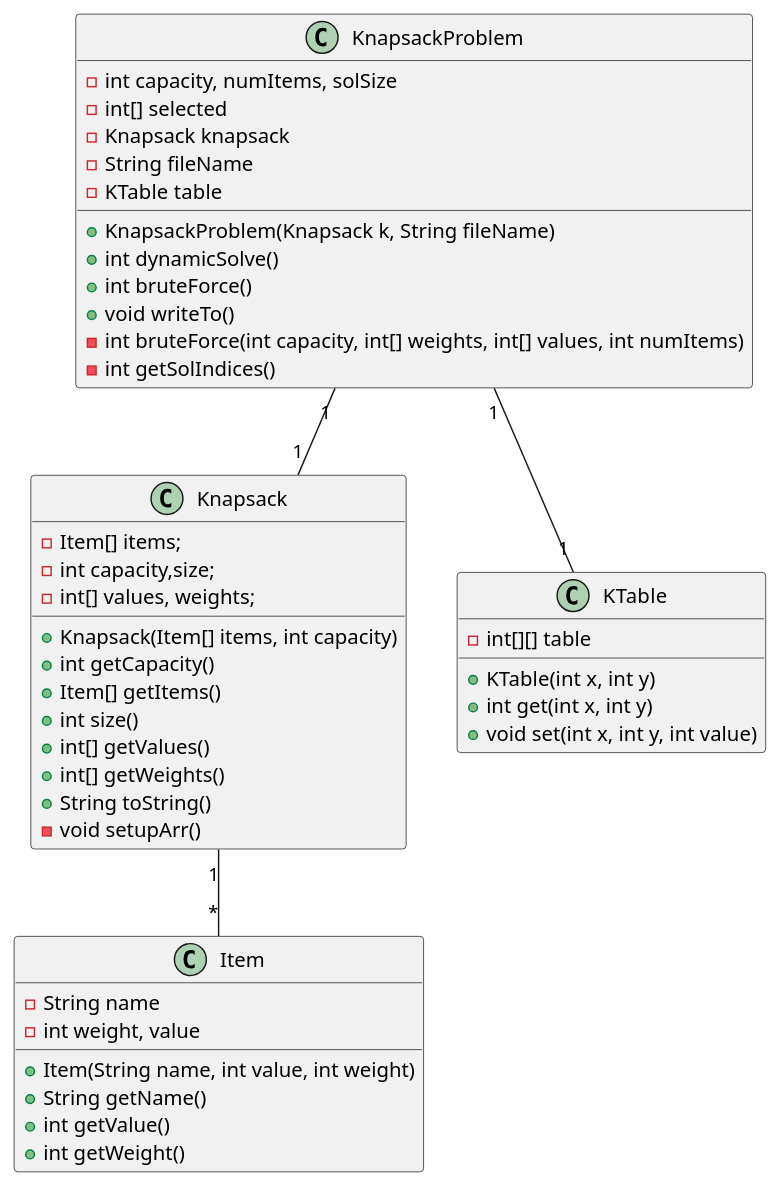
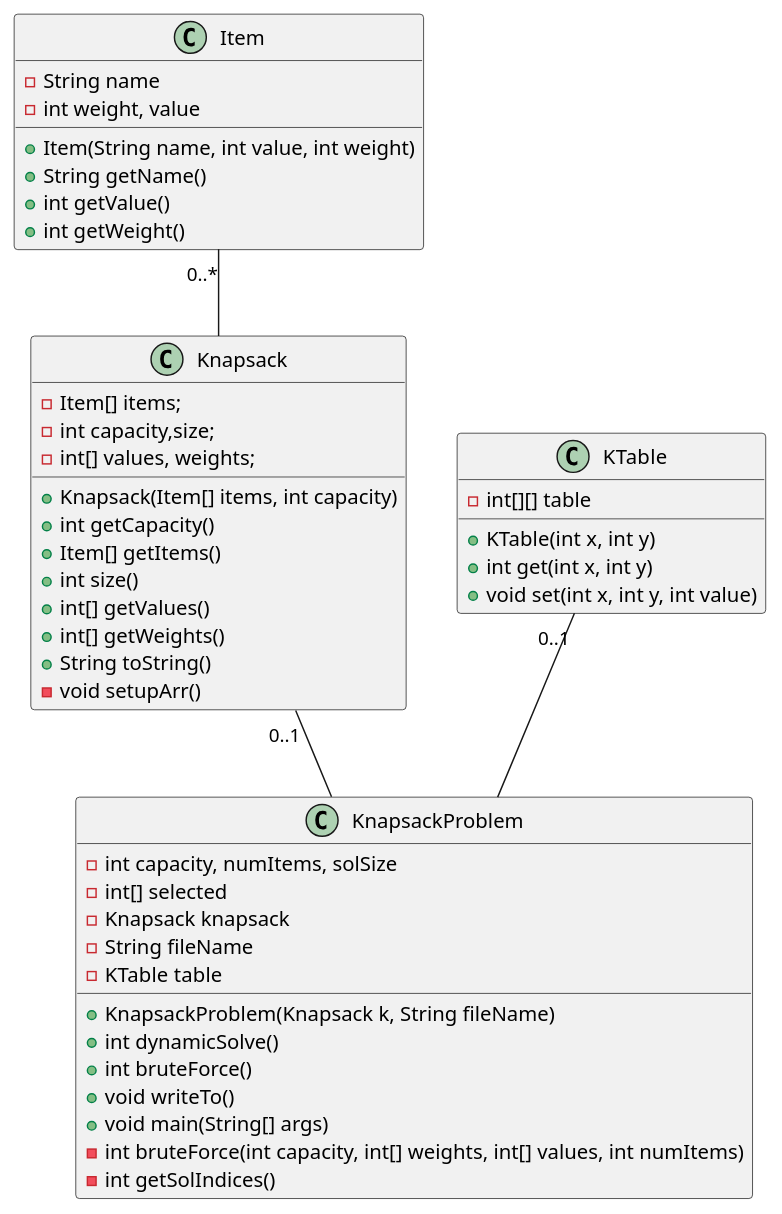
Before and after one commit to jsanv026/KnapsackProblem: the diagram in src/1.puml, drawn with PlantUML. The commit also changed 8 other files, not shown here.

```diff
--- a/src/1.puml
+++ b/src/1.puml
@@ -1,63 +1,64 @@
 @startuml
 'https://plantuml.com/class-diagram
 
 class Item {
     - String name
     - int weight, value
 
     + Item(String name, int value, int weight)
     + String getName()
     + int getValue()
     + int getWeight()
 
 }
 
 class Knapsack {
 
     - Item[] items;
     - int capacity,size;
     - int[] values, weights;
 
     + Knapsack(Item[] items, int capacity)
     + int getCapacity()
     + Item[] getItems()
     + int size()
     + int[] getValues()
     + int[] getWeights()
     + String toString()
     - void setupArr()
 
 }
 
 class KTable {
 
     - int[][] table
 
     + KTable(int x, int y)
     + int get(int x, int y)
     + void set(int x, int y, int value)
 
 }
 
 class KnapsackProblem {
 
     - int capacity, numItems, solSize
     - int[] selected
     - Knapsack knapsack
     - String fileName
     - KTable table
 
     + KnapsackProblem(Knapsack k, String fileName)
     + int dynamicSolve()
     + int bruteForce()
     + void writeTo()
+    + void main(String[] args)
     - int bruteForce(int capacity, int[] weights, int[] values, int numItems)
     - int getSolIndices()
 
 }
 
-Knapsack "1" -- "*" Item
-KnapsackProblem "1" -- "1" Knapsack
-KnapsackProblem "1" -- "1" KTable
+Item "0..*" -- " " Knapsack
+Knapsack "0..1" -- " " KnapsackProblem
+KTable "0..1" -- " " KnapsackProblem
 
 @enduml
```
